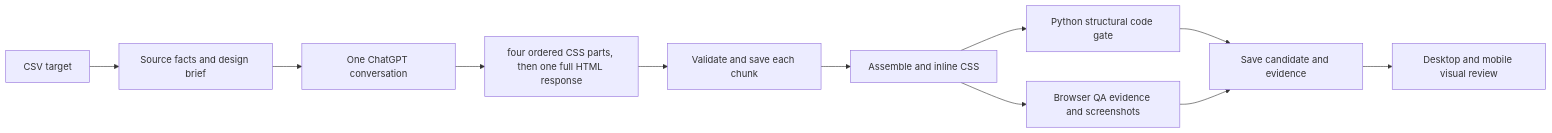
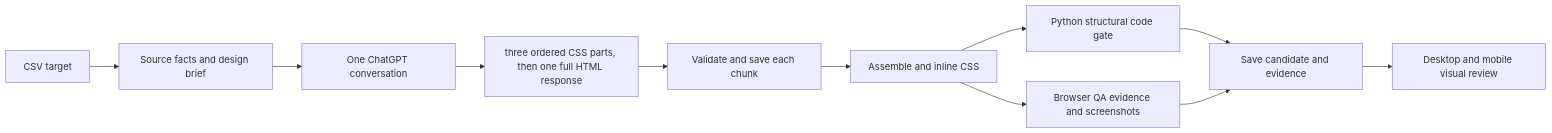
Before and after one commit to hometownredesignsites/git-content: the diagram in chatgpt_automation/README.md, drawn with Mermaid. The commit also changed other lines of this file and 10 other files, not shown here.

````diff
--- a/chatgpt_automation/README.md
+++ b/chatgpt_automation/README.md
@@ -5,13 +5,13 @@
 ```mermaid
 flowchart LR
   A[CSV target] --> B[Source facts and design brief]
   B --> C[One ChatGPT conversation]
-  C --> D[four ordered CSS parts, then one full HTML response]
+  C --> D[three ordered CSS parts, then one full HTML response]
   D --> E[Validate and save each chunk]
   E --> F[Assemble and inline CSS]
   F --> G[Python structural code gate]
   F --> H[Browser QA evidence and screenshots]
   G --> I[Save candidate and evidence]
   H --> I
   I --> J[Desktop and mobile visual review]
 ```
````
